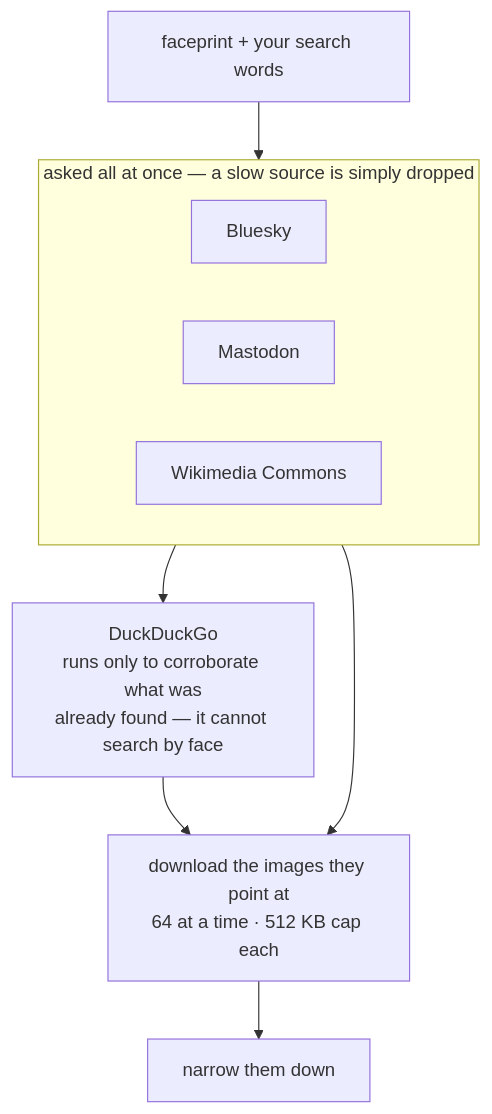
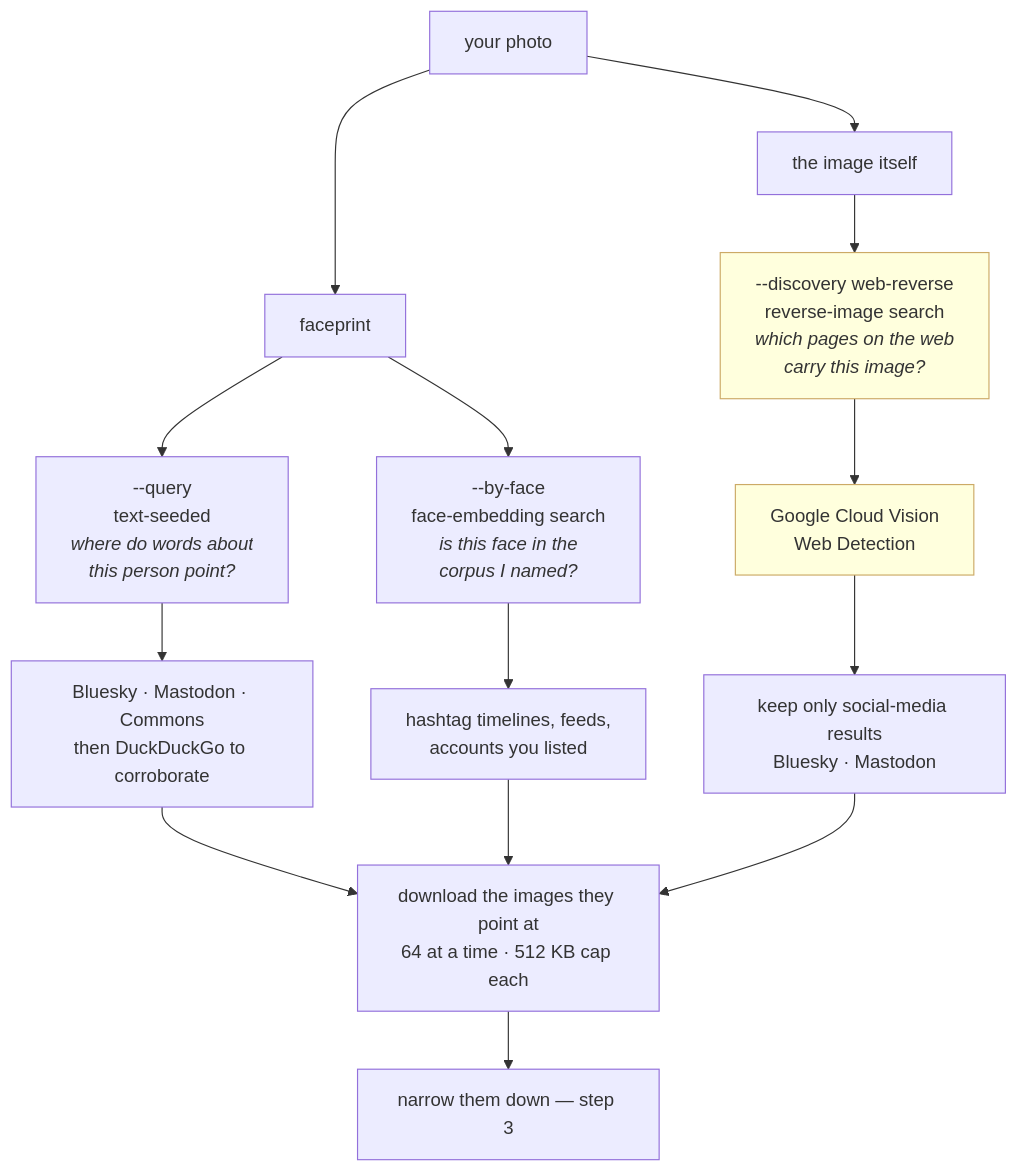
The third of 12 diagrams in README.md (axls23/HHGOA), drawn with Mermaid before and after one commit. The commit also changed other lines of this file and 52 other files, not shown here.

First line of the commit message:
Add comprehensive tests for Google Web Detection provider

````diff
--- a/README.md
+++ b/README.md
@@ -56,14 +70,22 @@
 ```mermaid
 flowchart TD
-    Q["faceprint + your search words"]
-    subgraph ArmA["asked all at once — a slow source is simply dropped"]
-        A1["Bluesky"]
-        A2["Mastodon"]
-        A3["Wikimedia Commons"]
-    end
-    Q --> ArmA
-    ArmA --> B["DuckDuckGo<br/>runs only to corroborate what was<br/>already found — it cannot search by face"]
-    ArmA --> F["download the images they point at<br/>64 at a time · 512 KB cap each"]
-    B --> F
-    F --> S["narrow them down"]
+    P["your photo"] --> F1["faceprint"]
+    P --> IMG["the image itself"]
+
+    F1 --> Q1["--query<br/>text-seeded<br/><i>where do words about<br/>this person point?</i>"]
+    F1 --> Q2["--by-face<br/>face-embedding search<br/><i>is this face in the<br/>corpus I named?</i>"]
+    IMG --> Q3["--discovery web-reverse<br/>reverse-image search<br/><i>which pages on the web<br/>carry this image?</i>"]
+
+    Q1 --> A["Bluesky · Mastodon · Commons<br/>then DuckDuckGo to corroborate"]
+    Q2 --> C["hashtag timelines, feeds,<br/>accounts you listed"]
+    Q3 --> G["Google Cloud Vision<br/>Web Detection"]
+    G --> SF["keep only social-media results<br/>Bluesky · Mastodon"]
+
+    A --> DL["download the images they point at<br/>64 at a time · 512 KB cap each"]
+    C --> DL
+    SF --> DL
+    DL --> S["narrow them down — step 3"]
+
+    classDef out fill:#ffd,stroke:#ca6
+    class Q3,G out
 ```
````
